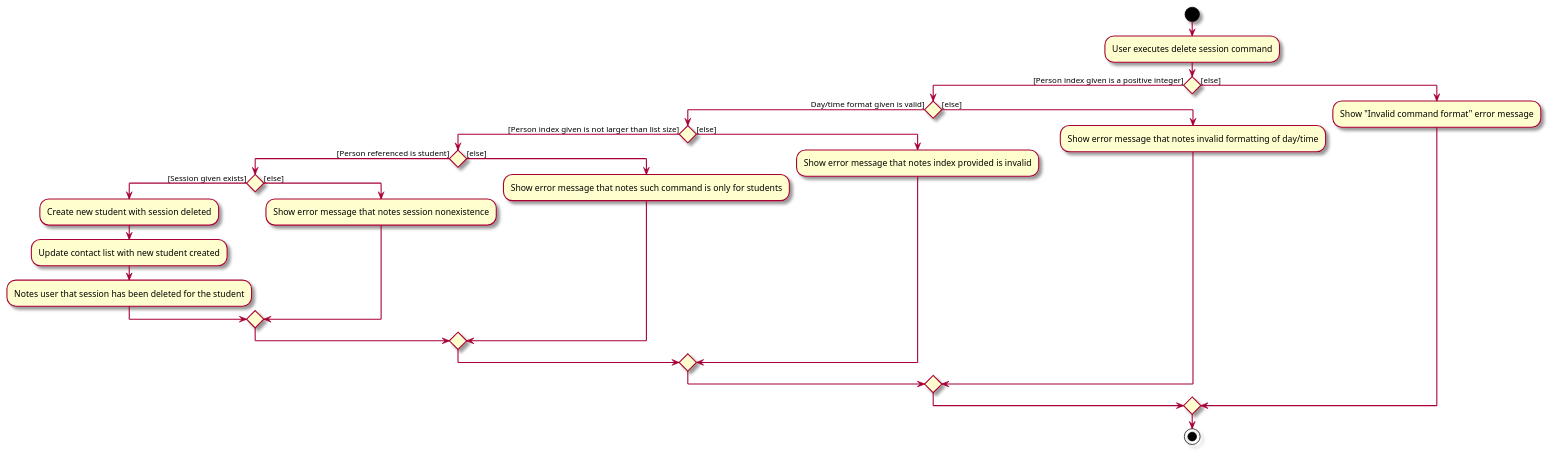
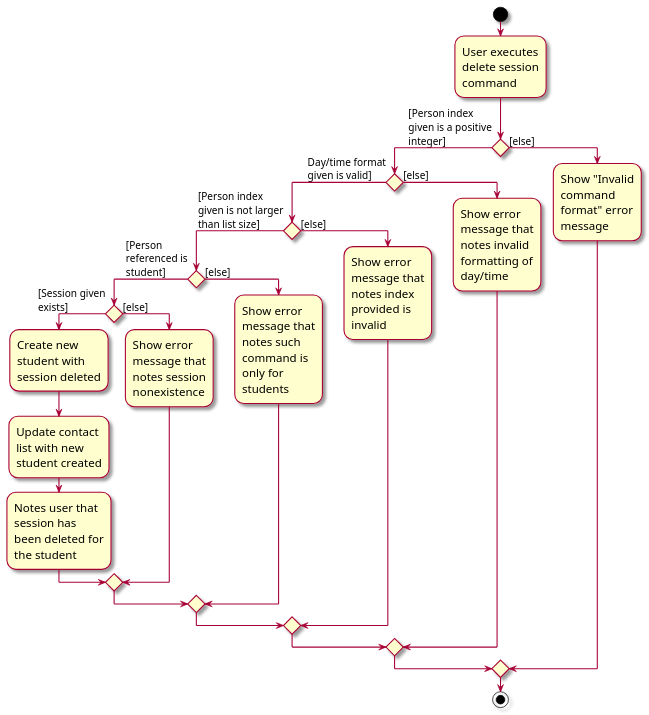
The diagram in docs/diagrams/DeleteSessionActivityDiagram.puml (tgonet/tp), drawn with PlantUML before and after one commit. The commit also changed 1 other file, not shown here.

Commit message:
Fix activity diagram sizing errors

```diff
--- a/docs/diagrams/DeleteSessionActivityDiagram.puml
+++ b/docs/diagrams/DeleteSessionActivityDiagram.puml
@@ -1,32 +1,35 @@
 @startuml
 'https://plantuml.com/activity-diagram-beta
 skin rose
+skinparam ActivityFontSize 16
+skinparam ArrowFontSize 14
+skinparam wrapWidth 125
 
 start
 :User executes delete session command;
 if () then ([Person index given is a positive integer])
     if () then (Day/time format given is valid])
         if () then ([Person index given is not larger than list size])
             if () then ([Person referenced is student])
                 if () then ([Session given exists])
                     :Create new student with session deleted;
                     :Update contact list with new student created;
                     :Notes user that session has been deleted for the student;
                 else ([else])
                     :Show error message that notes session nonexistence;
                 endif
             else ([else])
                 :Show error message that notes such command is only for students;
             endif
         else ([else])
             :Show error message that notes index provided is invalid;
         endif
     else ([else])
         :Show error message that notes invalid formatting of day/time;
     endif
 else ([else])
     :Show "Invalid command format" error message;
 endif
 stop
 
 @enduml
```
